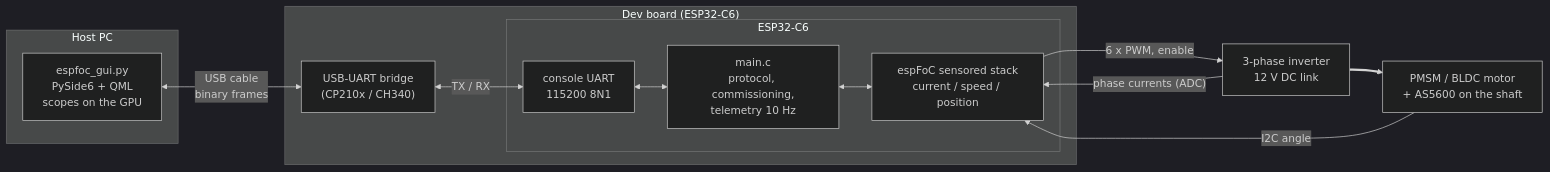
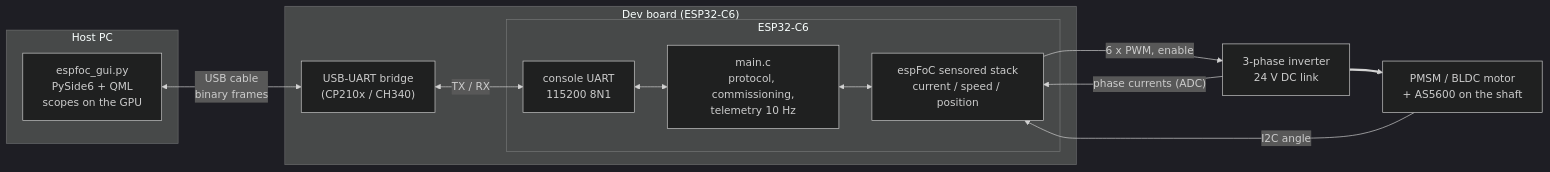
The diagram in examples/foc_sensored_gui/README.md (uLipe/espFoC), drawn with Mermaid (dark theme) before and after one commit. The commit also changed other lines of this file and 2 other files, not shown here.

Commit message:
examples: reseat the sensored gui after a quadrature reboot
- the counter restarts at zero, so the saved park frame is not the live one
- rpm, slew and the overspeed trip follow the identified pair count
- the seed is not part of the commissioning hash

````diff
--- a/examples/foc_sensored_gui/README.md
+++ b/examples/foc_sensored_gui/README.md
@@ -21,25 +21,25 @@
 ```mermaid
 flowchart LR
     subgraph PC["Host PC"]
         GUI["espfoc_gui.py<br/>PySide6 + QML<br/>scopes on the GPU"]
     end
     subgraph DEV["Dev board (ESP32-C6)"]
         BRIDGE["USB-UART bridge<br/>(CP210x / CH340)"]
         subgraph CHIP["ESP32-C6"]
             UART["console UART<br/>115200 8N1"]
             APP["main.c<br/>protocol, commissioning,<br/>telemetry 10 Hz"]
             FOC["espFoC sensored stack<br/>current / speed / position"]
         end
     end
-    INV["3-phase inverter<br/>12 V DC link"]
+    INV["3-phase inverter<br/>24 V DC link"]
     MOT["PMSM / BLDC motor<br/>+ AS5600 on the shaft"]
 
     GUI <-- "USB cable<br/>binary frames" --> BRIDGE
     BRIDGE <-- "TX / RX" --> UART
     UART <--> APP
     APP <--> FOC
     FOC -- "6 x PWM, enable" --> INV
     INV -- "phase currents (ADC)" --> FOC
     INV ==> MOT
     MOT -- "I2C angle" --> FOC
 ```
````
